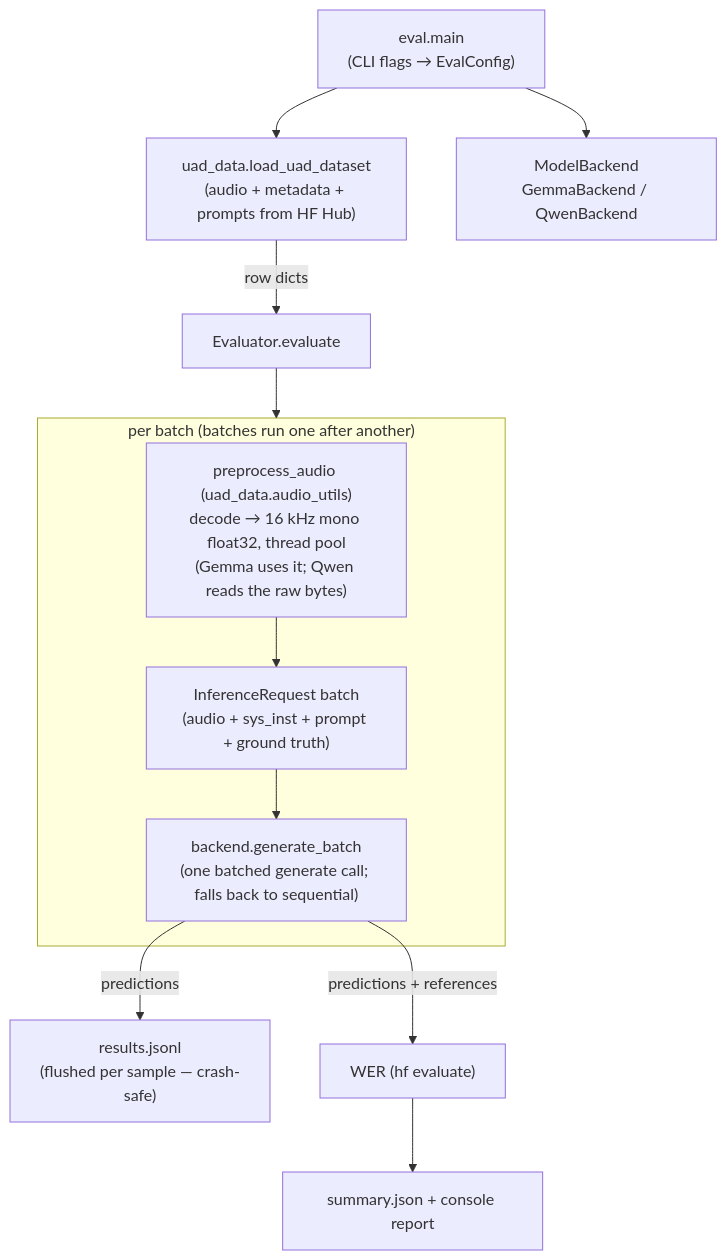
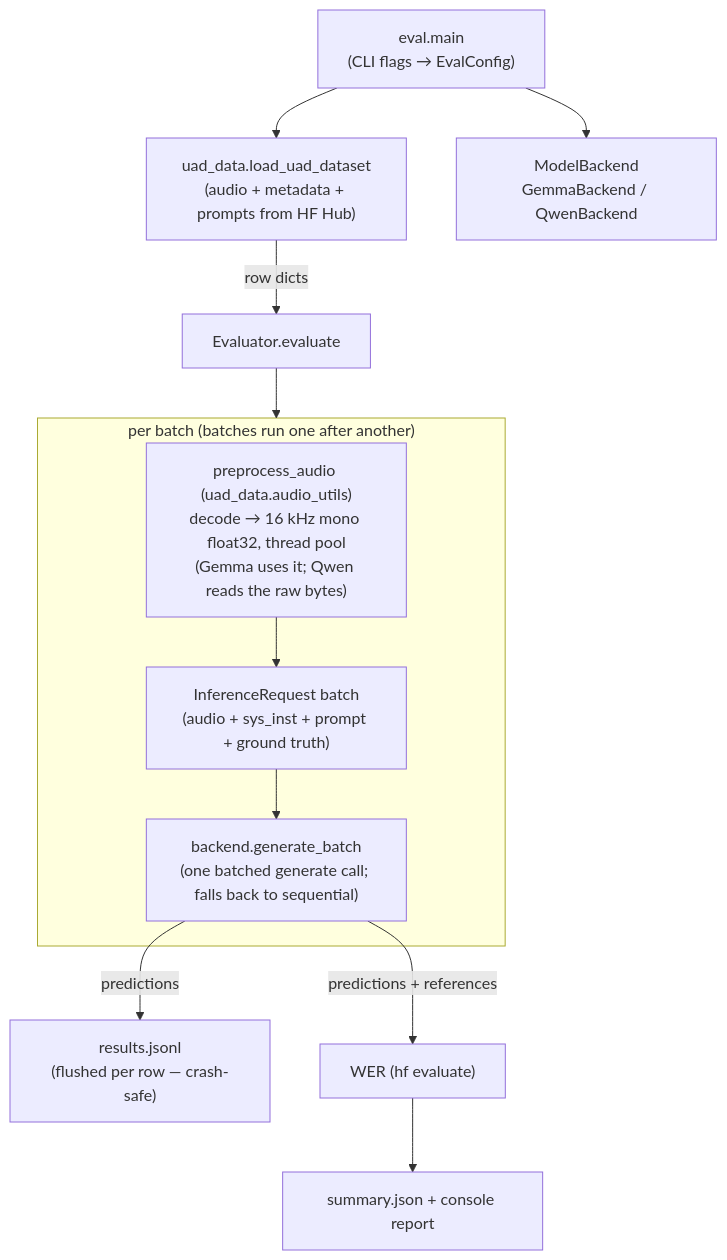
Before and after one commit to derkmed/universal_audio_instruct: the diagram in eval/README.md, drawn with Mermaid. The commit also changed 20 other files, not shown here.

First line of the commit message:
Rename Sample to Row and sample_filter to row_filter

````diff
--- a/eval/README.md
+++ b/eval/README.md
@@ -17,18 +17,18 @@
 ```mermaid
 flowchart TD
     CLI["eval.main<br/>(CLI flags → EvalConfig)"] --> LOADER["uad_data.load_uad_dataset<br/>(audio + metadata + prompts from HF Hub)"]
     CLI --> BE["ModelBackend<br/>GemmaBackend / QwenBackend"]
     LOADER -- "row dicts" --> EV["Evaluator.evaluate"]
 
     subgraph BATCH["per batch (batches run one after another)"]
         PRE["preprocess_audio (uad_data.audio_utils)<br/>decode → 16 kHz mono float32, thread pool<br/>(Gemma uses it; Qwen reads the raw bytes)"]
         REQ["InferenceRequest batch<br/>(audio + sys_inst + prompt + ground truth)"]
         GEN["backend.generate_batch<br/>(one batched generate call; falls back to sequential)"]
         PRE --> REQ --> GEN
     end
 
     EV --> BATCH
-    GEN -- "predictions" --> JSONL["results.jsonl<br/>(flushed per sample — crash-safe)"]
+    GEN -- "predictions" --> JSONL["results.jsonl<br/>(flushed per row — crash-safe)"]
     GEN -- "predictions + references" --> WER["WER (hf evaluate)"]
     WER --> SUM["summary.json + console report"]
 ```
````
